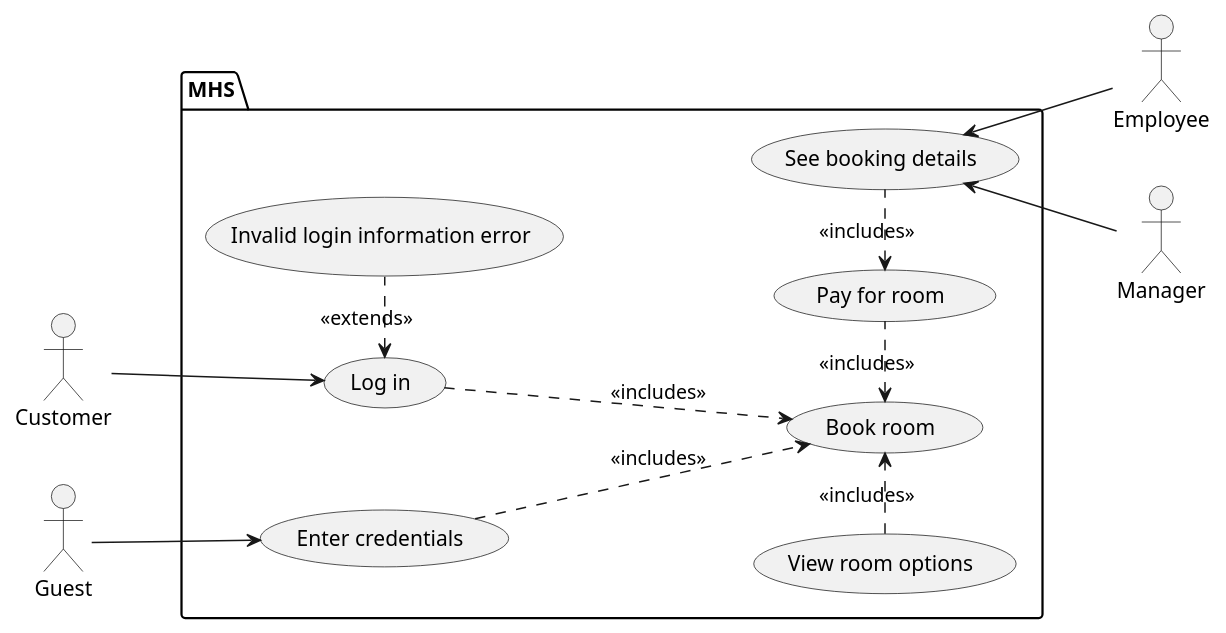
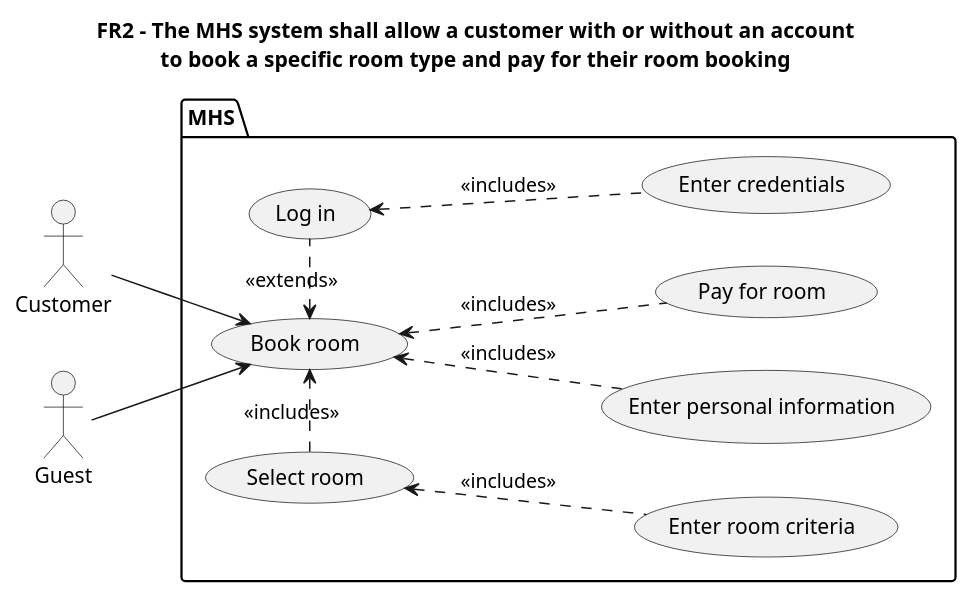
Before and after one commit to notkaramel/ECSE321-Mar1HotelSystem: the diagram in documentation/UMLCodes/FR2UCDiagram.plantuml, drawn with PlantUML. The commit also changed 1 other file, not shown here.

```diff
--- a/documentation/UMLCodes/FR2UCDiagram.plantuml
+++ b/documentation/UMLCodes/FR2UCDiagram.plantuml
@@ -1,36 +1,34 @@
 @startuml CustomerUC
-'title FR2 - The MHS system shall allow a customer with or without an account to book a
-'specific room type and pay for their room booking
+title
+FR2 - The MHS system shall allow a customer with or without an account
+to book a specific room type and pay for their room booking
+end title
 
 left to right direction
 
 'Actor
 :Customer: as customer
-:Employee: as employee
-:Manager: as manager
 :Guest: as guest
 
 'Use cases
 package MHS {
     (Book room) as UC1
-    (View room options) as UC2
+    (Select room) as UC2
     (Pay for room) as UC3
-    (See booking details) as UC4
+    (Enter personal information) as UC4
     (Log in) as UC5
     (Enter credentials) as UC6
-    (Invalid login information error) as UC7
+    (Enter room criteria) as UC7
 }
 
 'Associations
-customer --> UC5
+customer --> UC1
 UC2 -right.> UC1: <<includes>>
-UC3 -left.> UC1: <<includes>>
-UC4 -left.> UC3: <<includes>>
-guest --> UC6
-employee -up-> UC4
-manager -up-> UC4
-UC7 -left.> UC5: <<extends>>
-UC5 -.> UC1: <<includes>>
-UC6 -.> UC1: <<includes>>
+UC3 -up.> UC1: <<includes>>
+guest --> UC1
+UC4 -up.> UC1: <<includes>>
+UC5 -left.> UC1: <<extends>>
+UC6 -up.> UC5: <<includes>>
+UC7 -up.> UC2: <<includes>>
 
 @enduml
```
